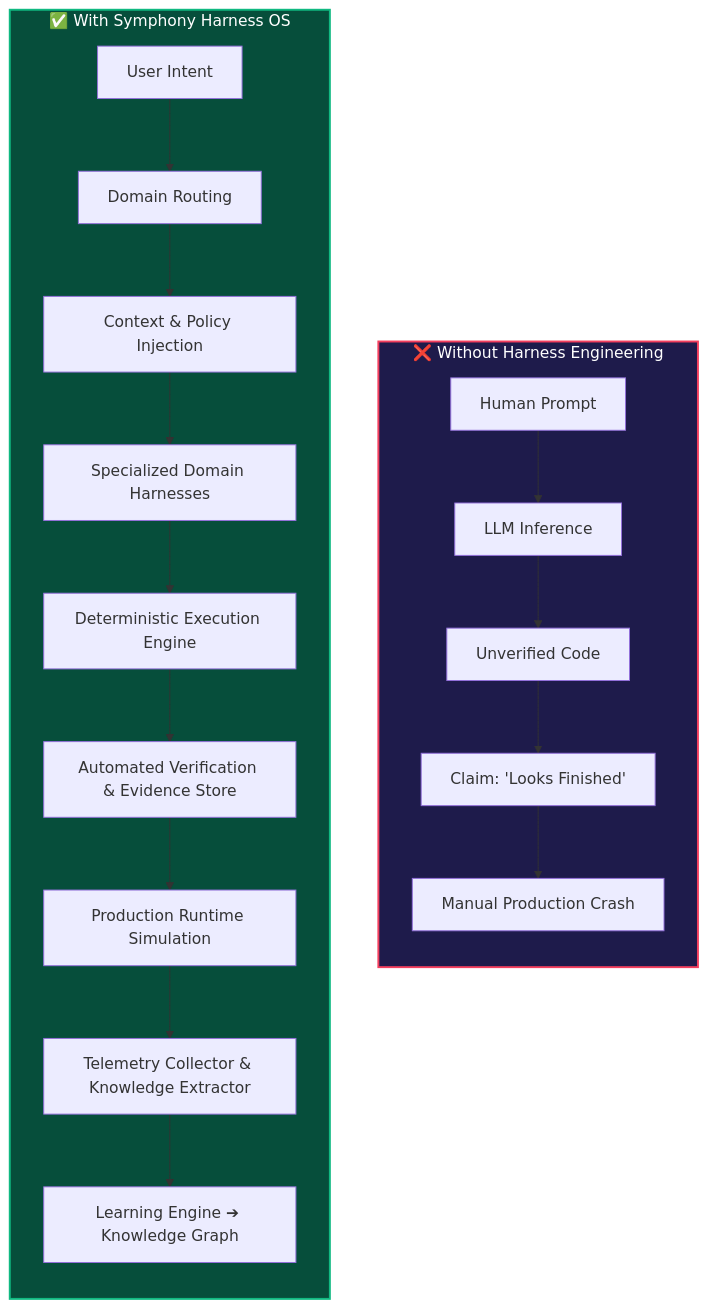
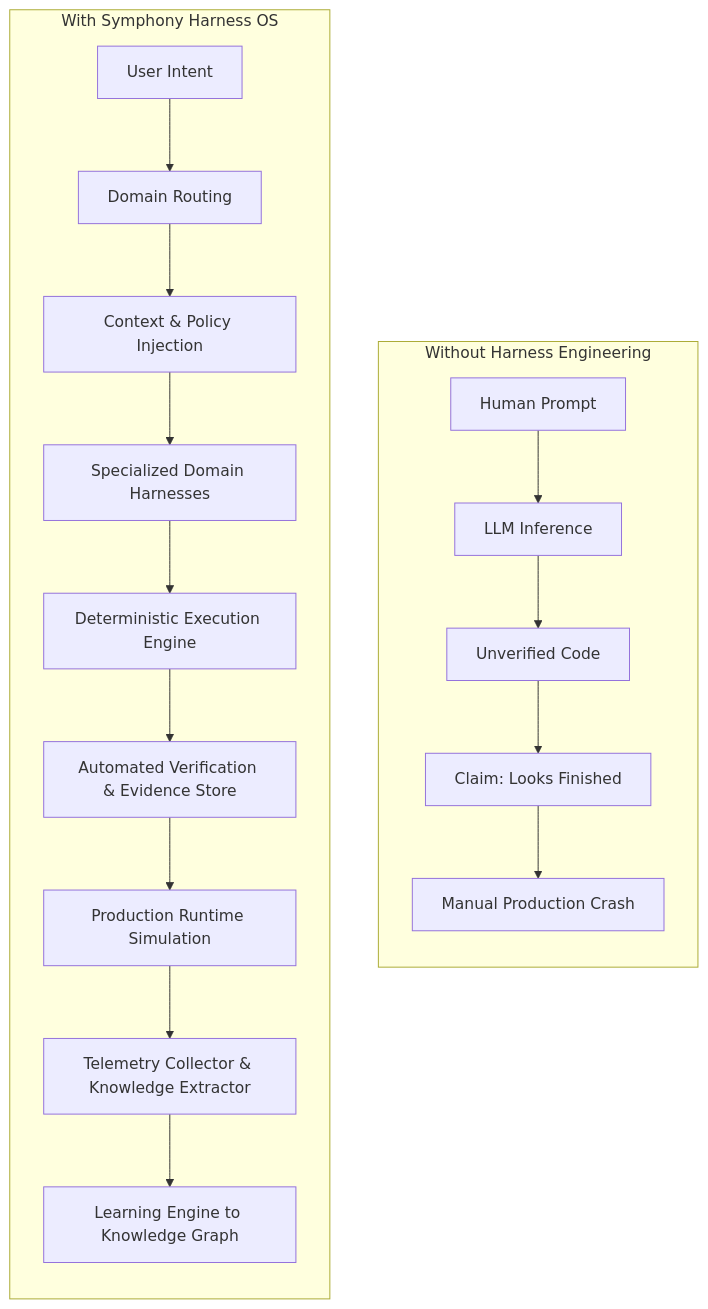
One commit to jacobjerryarackal/harness-engineering changed the second of 16 diagrams in README.md. Above: the diagram before and after it, drawn with Mermaid. The commit also changed other lines of this file, not shown here.

Commit message:
docs: clean up Mermaid diagrams by removing styling and replace HLD diagram with static image link

````diff
--- a/README.md
+++ b/README.md
@@ -140,25 +135,22 @@
 ```mermaid
 flowchart TD
-    subgraph Traditional["❌ Without Harness Engineering"]
+    subgraph Traditional["Without Harness Engineering"]
         direction TB
         T1["Human Prompt"] --> T2["LLM Inference"]
         T2 --> T3["Unverified Code"]
-        T3 --> T4["Claim: 'Looks Finished'"]
+        T3 --> T4["Claim: Looks Finished"]
         T4 --> T5["Manual Production Crash"]
     end
 
-    subgraph SymphonyFlow["✅ With Symphony Harness OS"]
+    subgraph SymphonyFlow["With Symphony Harness OS"]
         direction TB
         S1["User Intent"] --> S2["Domain Routing"]
         S2 --> S3["Context & Policy Injection"]
         S3 --> S4["Specialized Domain Harnesses"]
         S4 --> S5["Deterministic Execution Engine"]
         S5 --> S6["Automated Verification & Evidence Store"]
         S6 --> S7["Production Runtime Simulation"]
         S7 --> S8["Telemetry Collector & Knowledge Extractor"]
-        S8 --> S9["Learning Engine ➔ Knowledge Graph"]
+        S8 --> S9["Learning Engine to Knowledge Graph"]
     end
-
-    style Traditional fill:#1e1b4b,stroke:#f43f5e,stroke-width:2px,color:#fff
-    style SymphonyFlow fill:#064e3b,stroke:#10b981,stroke-width:2px,color:#fff
 ```
````
